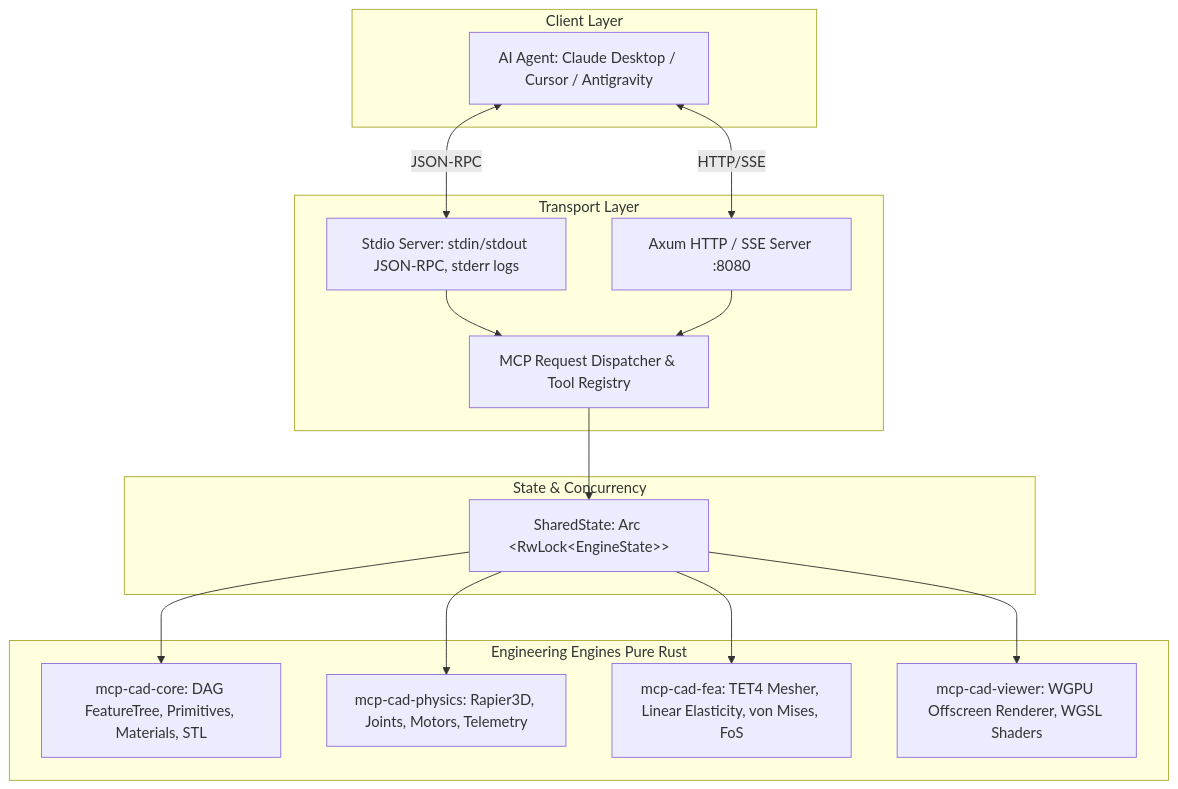
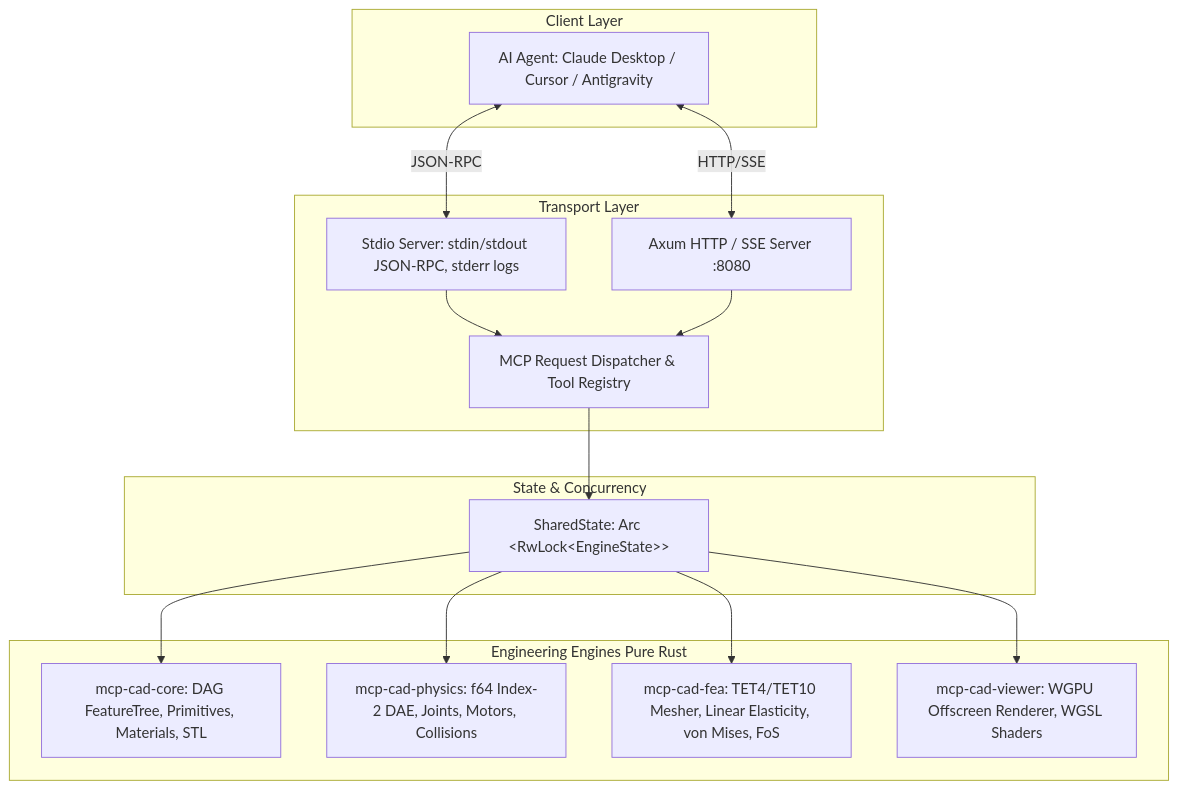
One commit to hofabetlife/chordvibe-cad-mcp changed the second of 2 diagrams in README.md. Above: the diagram before and after it, drawn with Mermaid. The commit also changed other lines of this file and 38 other files, not shown here.

First line of the commit message:
feat(physics): complete f64 DAE physics engine, collision pipeline, and v0.2.0 docs (P4-T4..P4-T10)

````diff
--- a/README.md
+++ b/README.md
@@ -274,33 +274,33 @@
 ```mermaid
 graph TD
     subgraph Client Layer
         LLM[AI Agent: Claude Desktop / Cursor / Antigravity]
     end
 
     subgraph Transport Layer
         STDIO[Stdio Server: stdin/stdout JSON-RPC, stderr logs]
         SSE[Axum HTTP / SSE Server :8080]
         DISPATCH[MCP Request Dispatcher & Tool Registry]
     end
 
     subgraph State & Concurrency
         STATE[SharedState: Arc &lt;RwLock&lt;EngineState&gt;&gt;]
     end
 
     subgraph Engineering Engines Pure Rust
         CORE[mcp-cad-core: DAG FeatureTree, Primitives, Materials, STL]
-        PHYSICS[mcp-cad-physics: Rapier3D, Joints, Motors, Telemetry]
-        FEA[mcp-cad-fea: TET4 Mesher, Linear Elasticity, von Mises, FoS]
+        PHYSICS[mcp-cad-physics: f64 Index-2 DAE, Joints, Motors, Collisions]
+        FEA[mcp-cad-fea: TET4/TET10 Mesher, Linear Elasticity, von Mises, FoS]
         VIEWER[mcp-cad-viewer: WGPU Offscreen Renderer, WGSL Shaders]
     end
 
     LLM <-->|JSON-RPC| STDIO
     LLM <-->|HTTP/SSE| SSE
     STDIO --> DISPATCH
     SSE --> DISPATCH
     DISPATCH --> STATE
     STATE --> CORE
     STATE --> PHYSICS
     STATE --> FEA
     STATE --> VIEWER
 ```
````
